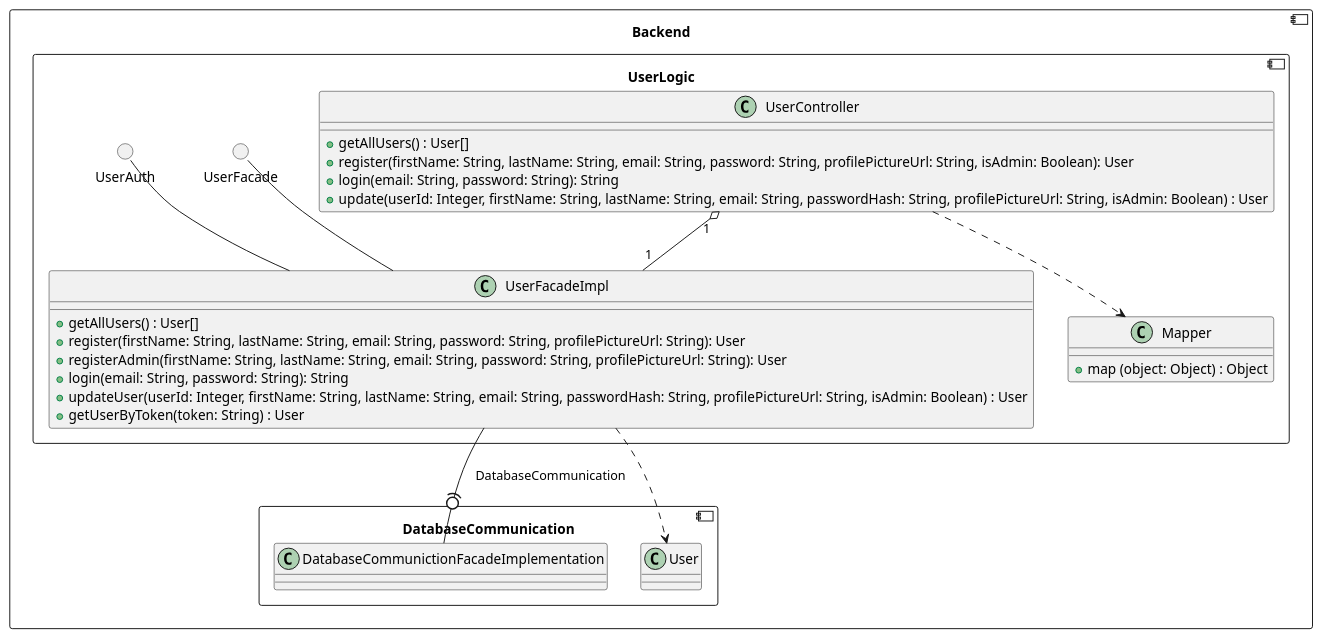
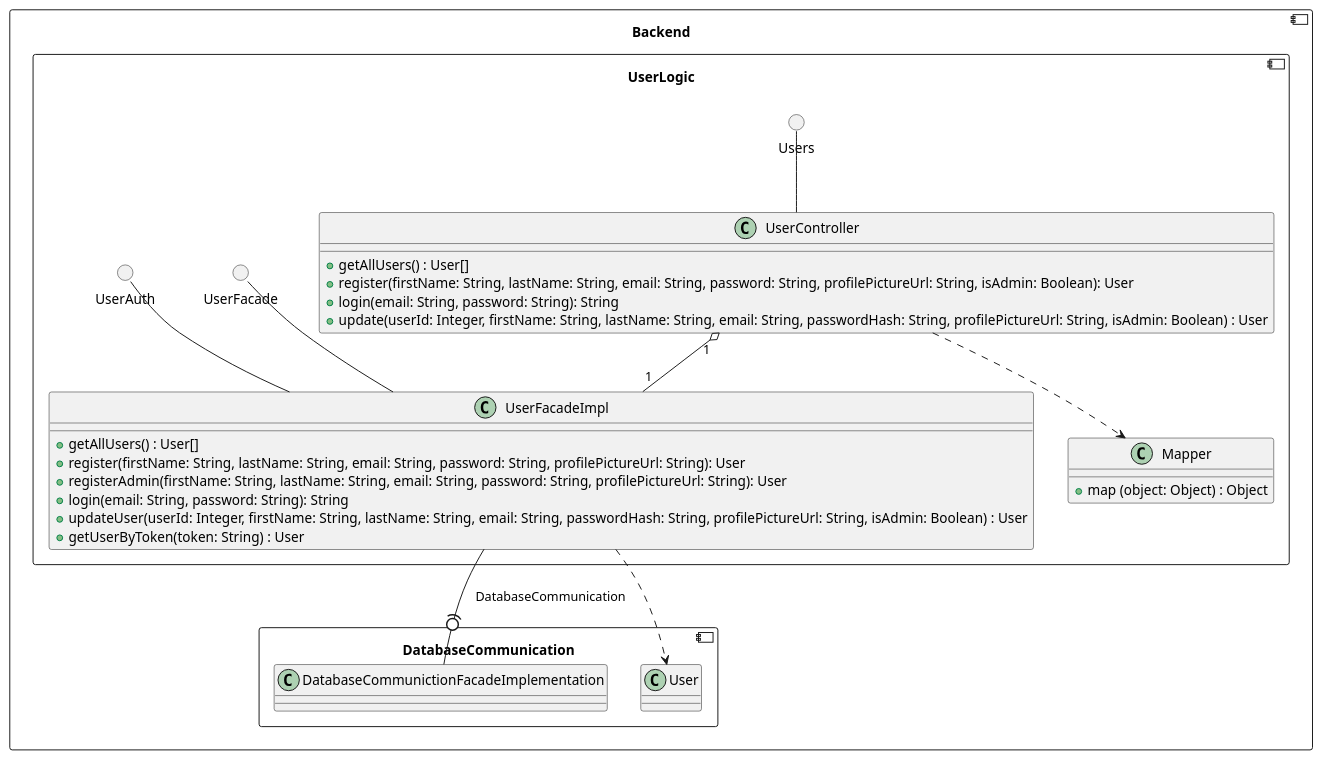
Before and after one commit to RadekBucki/OpinionCollectorArchitecture: the third of 6 diagrams in FullClassDiagrams.md, drawn with PlantUML. The commit also changed other lines of this file, not shown here.

Commit message:
Opinion diagram and some fixes

````diff
--- a/FullClassDiagrams.md
+++ b/FullClassDiagrams.md
@@ -130,39 +130,41 @@
 ```plantuml
 component Backend {
     component UserLogic {
+        circle Users
         class UserController {
             + getAllUsers() : User[]
             + register(firstName: String, lastName: String, email: String, password: String, profilePictureUrl: String, isAdmin: Boolean): User
             + login(email: String, password: String): String
             + update(userId: Integer, firstName: String, lastName: String, email: String, passwordHash: String, profilePictureUrl: String, isAdmin: Boolean) : User
         }
         circle UserFacade
         circle UserAuth
         class UserFacadeImpl {
             + getAllUsers() : User[]
             + register(firstName: String, lastName: String, email: String, password: String, profilePictureUrl: String): User
             + registerAdmin(firstName: String, lastName: String, email: String, password: String, profilePictureUrl: String): User
             + login(email: String, password: String): String
             + updateUser(userId: Integer, firstName: String, lastName: String, email: String, passwordHash: String, profilePictureUrl: String, isAdmin: Boolean) : User
             + getUserByToken(token: String) : User
         }
         UserFacade -- UserFacadeImpl
         UserAuth   -- UserFacadeImpl
+        Users -- UserController
         
         UserController "1" o-- "1" UserFacadeImpl
         
         class Mapper {
             +map (object: Object) : Object
         }
         UserController ..> Mapper
     }
     
     component DatabaseCommunication {
         class DatabaseCommunictionFacadeImplementation
         class User
     }
     UserFacadeImpl -(0- DatabaseCommunictionFacadeImplementation : DatabaseCommunication
     UserFacadeImpl ..> User
     
 }
 ```
````
